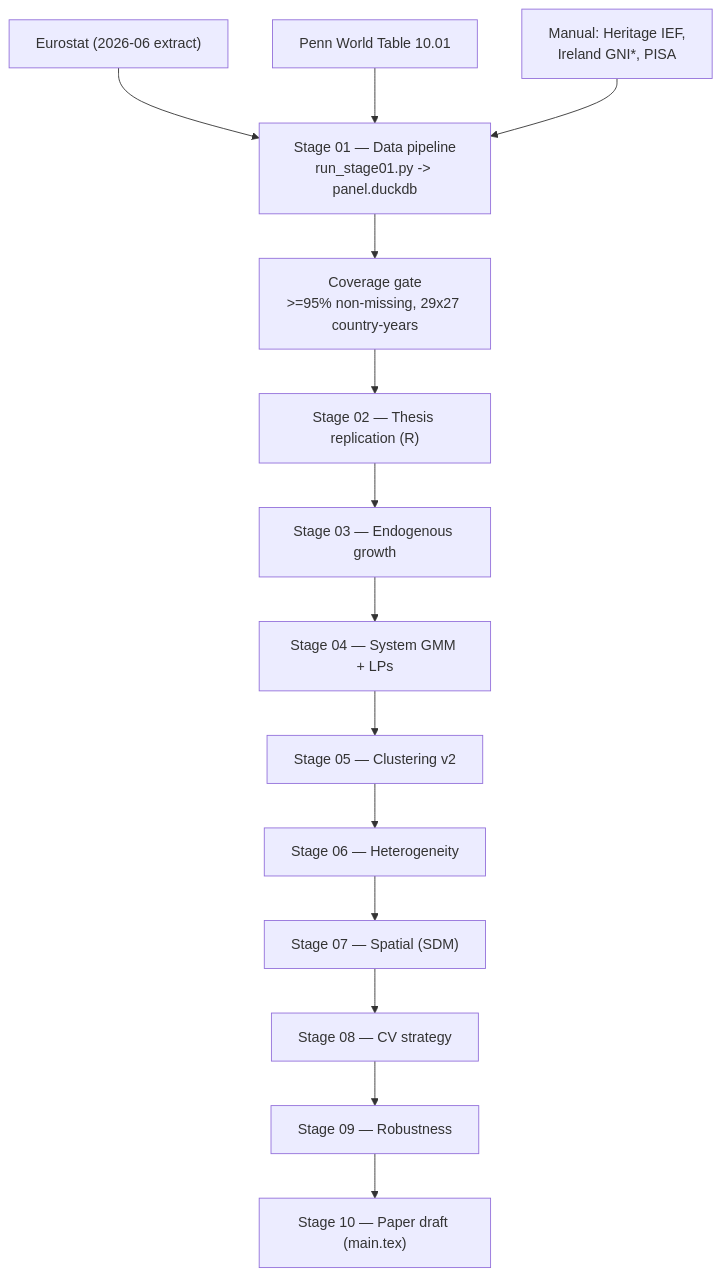
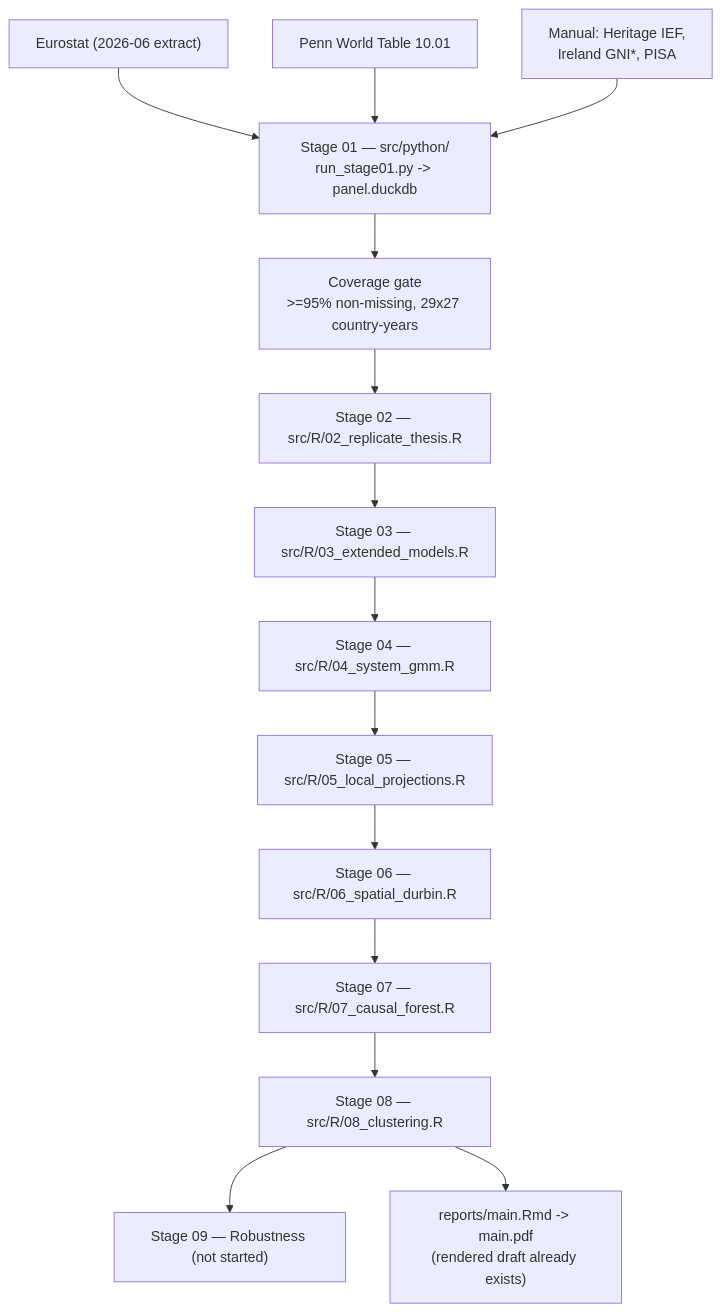
The diagram in README.md (andrm101/rd-productivity-eu), drawn with Mermaid before and after one commit. The commit also changed other lines of this file, not shown here.

Commit message:
docs: correct execution-order to match actual file layout
README's execution table referenced notebooks/03_endogenous_growth.qmd
etc., but notebooks/ is empty -- the real stage scripts live in src/R/
(02-08, correctly numbered but differently named) and src/python/
(ingest). Stage 09 (robustness) does not exist yet under any name.
Stage 10 (paper draft) is further along than implied: reports/main.Rmd
already renders to a 2.7MB reports/main.pdf, not just a future task.

Claude-Session: https://claude.ai/code/session_01NGbC4Lkjyf4iwRhN5onkZ1

````diff
--- a/README.md
+++ b/README.md
@@ -23,16 +23,16 @@
 ```mermaid
 flowchart TD
-    Eurostat["Eurostat (2026-06 extract)"] --> S01["Stage 01 — Data pipeline<br/>run_stage01.py -> panel.duckdb"]
+    Eurostat["Eurostat (2026-06 extract)"] --> S01["Stage 01 — src/python/<br/>run_stage01.py -> panel.duckdb"]
     PWT["Penn World Table 10.01"] --> S01
     Manual["Manual: Heritage IEF,<br/>Ireland GNI*, PISA"] --> S01
     S01 --> Gate["Coverage gate<br/>>=95% non-missing, 29x27 country-years"]
-    Gate --> S02["Stage 02 — Thesis replication (R)"]
-    S02 --> S03["Stage 03 — Endogenous growth"]
-    S03 --> S04["Stage 04 — System GMM + LPs"]
-    S04 --> S05["Stage 05 — Clustering v2"]
-    S05 --> S06["Stage 06 — Heterogeneity"]
-    S06 --> S07["Stage 07 — Spatial (SDM)"]
-    S07 --> S08["Stage 08 — CV strategy"]
-    S08 --> S09["Stage 09 — Robustness"]
-    S09 --> S10["Stage 10 — Paper draft (main.tex)"]
+    Gate --> S02["Stage 02 — src/R/02_replicate_thesis.R"]
+    S02 --> S03["Stage 03 — src/R/03_extended_models.R"]
+    S03 --> S04["Stage 04 — src/R/04_system_gmm.R"]
+    S04 --> S05["Stage 05 — src/R/05_local_projections.R"]
+    S05 --> S06["Stage 06 — src/R/06_spatial_durbin.R"]
+    S06 --> S07["Stage 07 — src/R/07_causal_forest.R"]
+    S07 --> S08["Stage 08 — src/R/08_clustering.R"]
+    S08 --> S09["Stage 09 — Robustness (not started)"]
+    S08 --> Draft["reports/main.Rmd -> main.pdf<br/>(rendered draft already exists)"]
 ```
````
